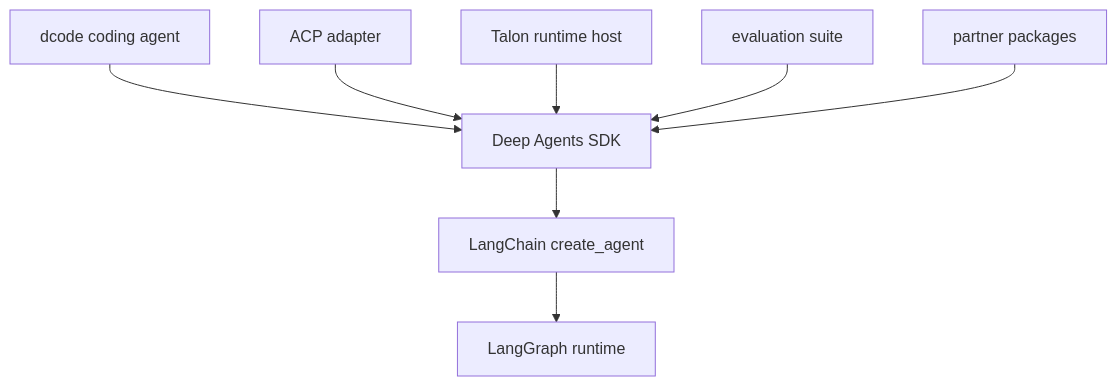
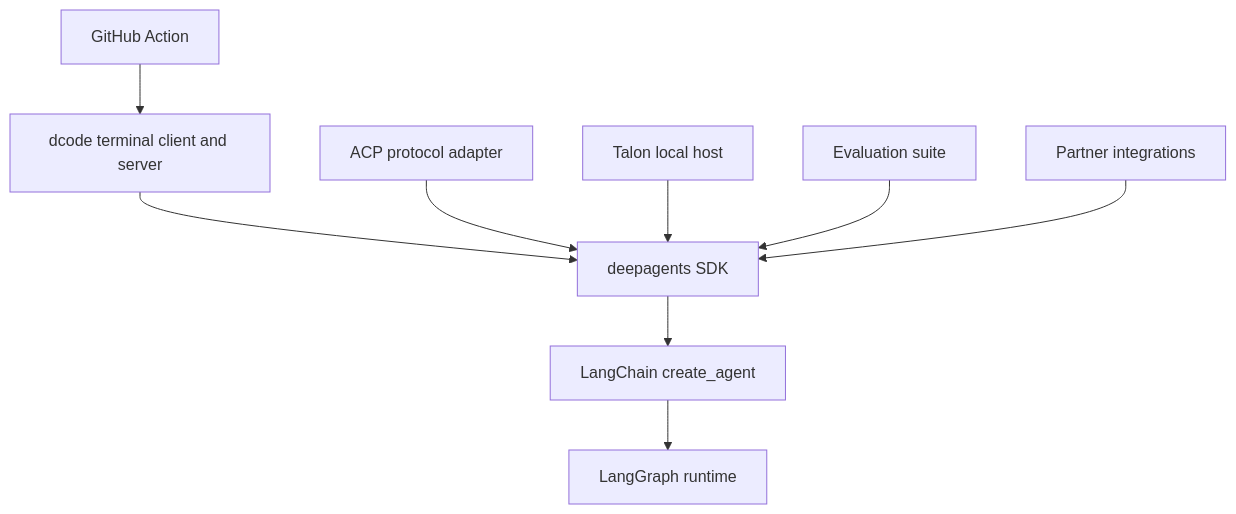
The diagram in openwiki/architecture/source-map.md (langchain-ai/deepagents), drawn with Mermaid before and after one commit. The commit also changed other lines of this file and 136 other files, not shown here.

````diff
--- a/openwiki/architecture/source-map.md
+++ b/openwiki/architecture/source-map.md
@@ -51,10 +69,11 @@
 ```mermaid
 flowchart TD
-    Code["dcode coding agent"] --> SDK["Deep Agents SDK"]
-    ACP["ACP adapter"] --> SDK
-    Talon["Talon runtime host"] --> SDK
-    Evals["evaluation suite"] --> SDK
-    Partners["partner packages"] --> SDK
-    SDK --> LangChain["LangChain create_agent"]
-    LangChain --> LangGraph["LangGraph runtime"]
+    SDK["deepagents SDK"] --> LC["LangChain create_agent"]
+    LC --> LG["LangGraph runtime"]
+    Dcode["dcode terminal client and server"] --> SDK
+    ACP["ACP protocol adapter"] --> SDK
+    Talon["Talon local host"] --> SDK
+    Evals["Evaluation suite"] --> SDK
+    Partners["Partner integrations"] --> SDK
+    Action["GitHub Action"] --> Dcode
 ```
````
